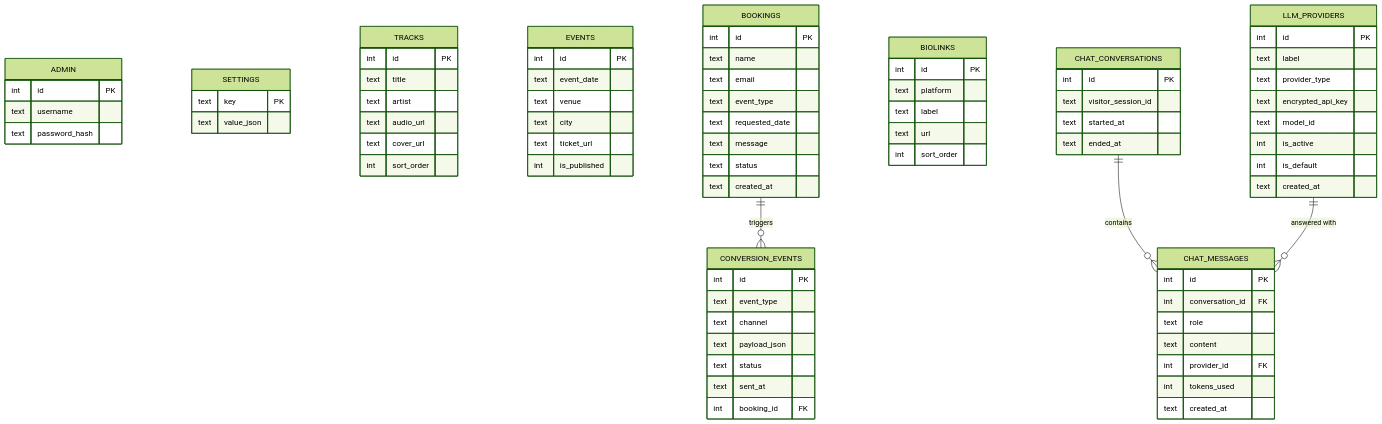
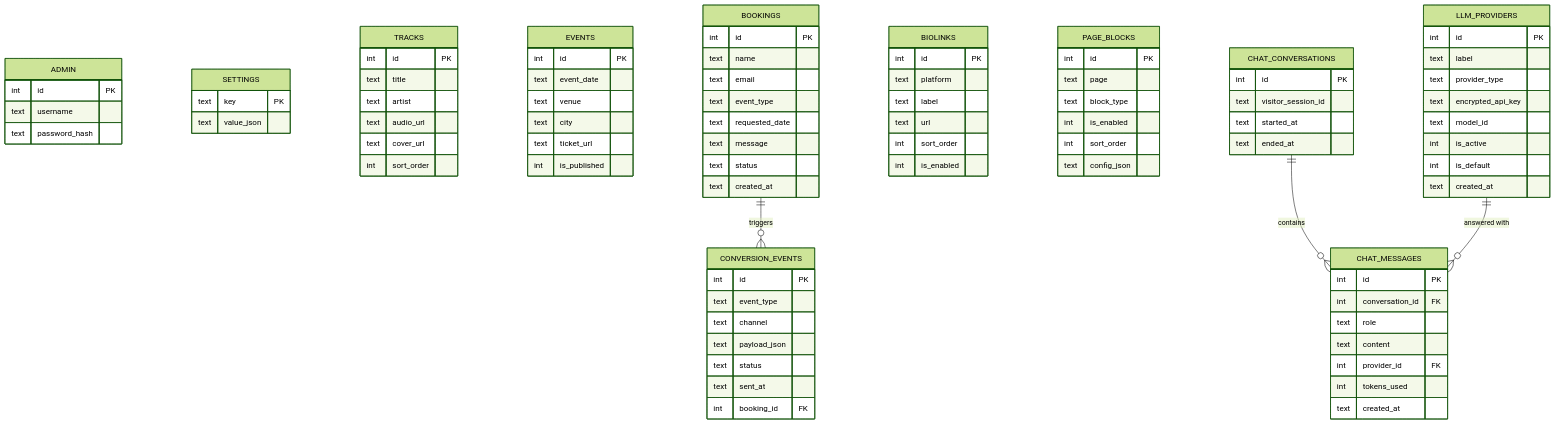
Before and after one commit to bobprod/bobprod-web-app: the second of 2 diagrams in docs/architecture/domain-model.md, drawn with Mermaid (forest theme). The commit also changed other lines of this file and 5 other files, not shown here.

```diff
--- a/docs/architecture/domain-model.md
+++ b/docs/architecture/domain-model.md
@@ -183,6 +204,15 @@
         text label
         text url
         int sort_order
+        int is_enabled
+    }
+    PAGE_BLOCKS {
+        int id PK
+        text page
+        text block_type
+        int is_enabled
+        int sort_order
+        text config_json
     }
     LLM_PROVIDERS {
         int id PK
```
